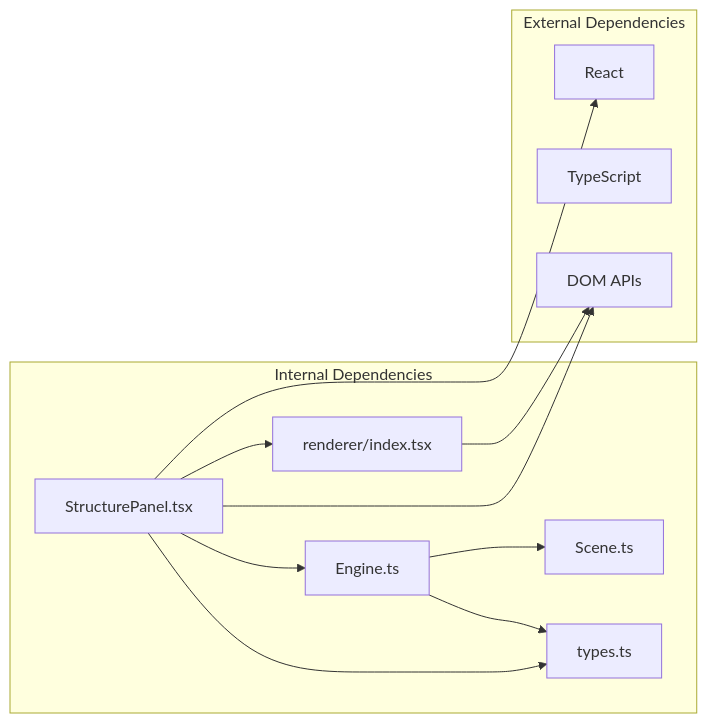
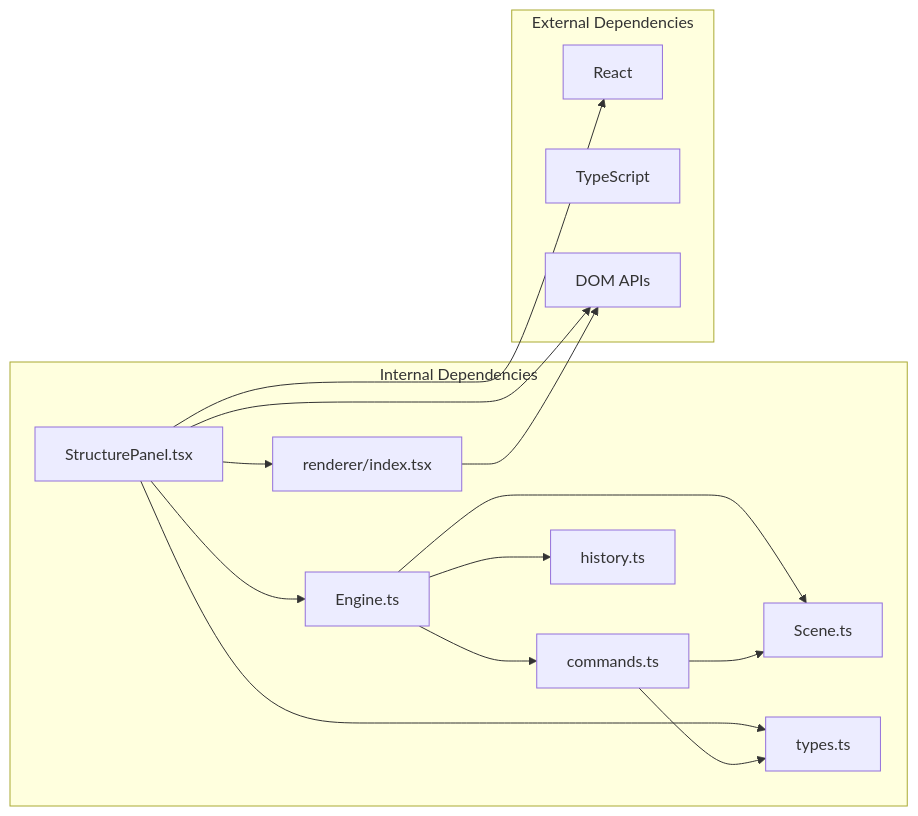
One commit to Anna0314zy/ai_editor_enginer changed the seventh of 7 diagrams in .qoder/repowiki/en/content/User Interface Components/Structure Panel Component.md. Above: the diagram before and after it, drawn with Mermaid. The commit also changed other lines of this file and 44 other files, not shown here.

````diff
--- a/.qoder/repowiki/en/content/User Interface Components/Structure Panel Component.md
+++ b/.qoder/repowiki/en/content/User Interface Components/Structure Panel Component.md
@@ -294,23 +404,28 @@
 ```mermaid
 graph LR
 subgraph "Internal Dependencies"
 SP[StructurePanel.tsx]
 Engine[Engine.ts]
 Scene[Scene.ts]
+Commands[commands.ts]
+History[history.ts]
 Types[types.ts]
 Renderer[renderer/index.tsx]
 end
 subgraph "External Dependencies"
 React[React]
 TS[TypeScript]
 DOM[DOM APIs]
 end
 SP --> Engine
 SP --> Types
 SP --> Renderer
 Engine --> Scene
-Engine --> Types
+Engine --> Commands
+Engine --> History
+Commands --> Scene
+Commands --> Types
 SP --> React
 SP --> DOM
 Renderer --> DOM
 ```
````
